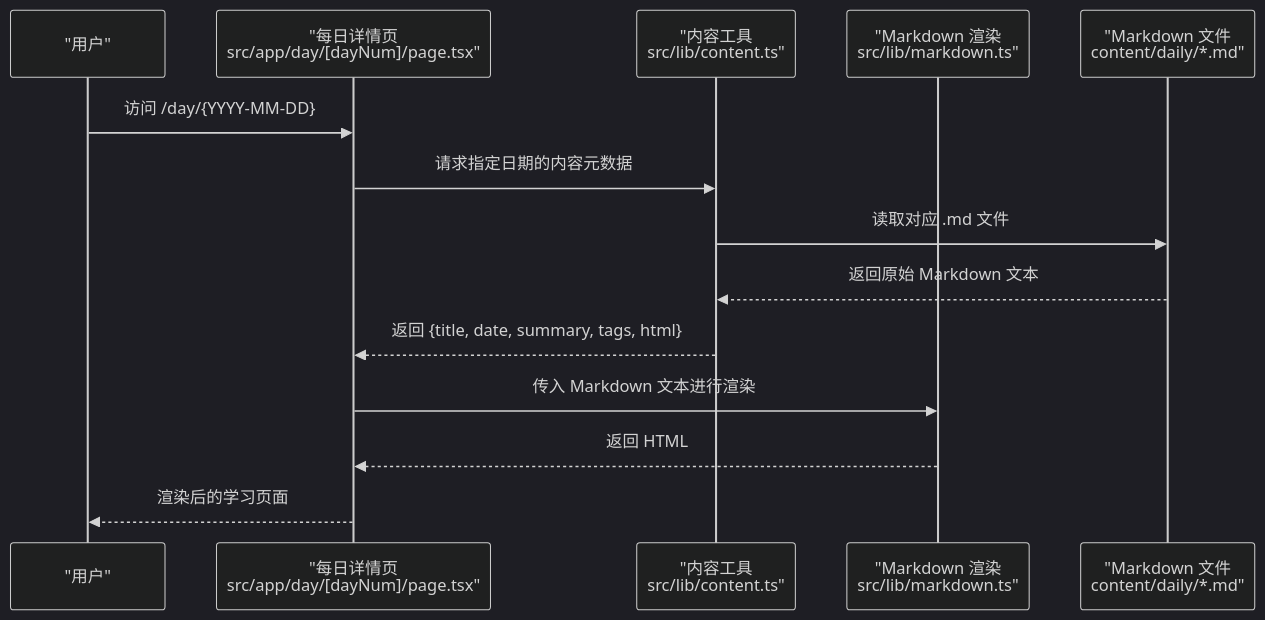
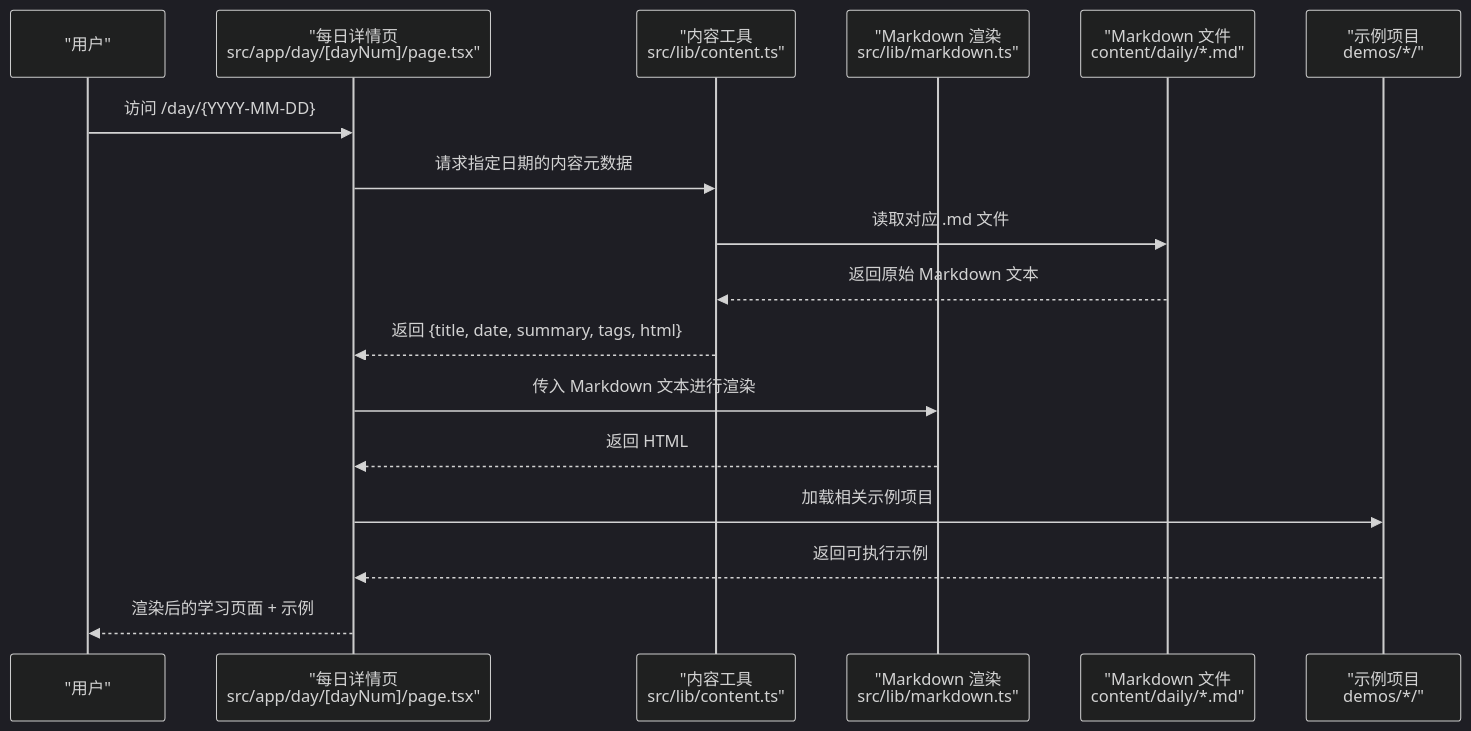
One commit to Leslie-Chuan/classic-example changed the second of 4 diagrams in .qoder/repowiki/zh/content/每日学习内容.md. Above: the diagram before and after it, drawn with Mermaid (dark theme). The commit also changed other lines of this file and 45 other files, not shown here.

````diff
--- a/.qoder/repowiki/zh/content/每日学习内容.md
+++ b/.qoder/repowiki/zh/content/每日学习内容.md
@@ -88,16 +104,19 @@
 ```mermaid
 sequenceDiagram
 participant U as "用户"
 participant P as "每日详情页<br/>src/app/day/[dayNum]/page.tsx"
 participant C as "内容工具<br/>src/lib/content.ts"
 participant M as "Markdown 渲染<br/>src/lib/markdown.ts"
 participant F as "Markdown 文件<br/>content/daily/*.md"
+participant D as "示例项目<br/>demos/*/"
 U->>P : 访问 /day/{YYYY-MM-DD}
 P->>C : 请求指定日期的内容元数据
 C->>F : 读取对应 .md 文件
 F-->>C : 返回原始 Markdown 文本
 C-->>P : 返回 {title, date, summary, tags, html}
 P->>M : 传入 Markdown 文本进行渲染
 M-->>P : 返回 HTML
-P-->>U : 渲染后的学习页面
+P->>D : 加载相关示例项目
+D-->>P : 返回可执行示例
+P-->>U : 渲染后的学习页面 + 示例
 ```
````
